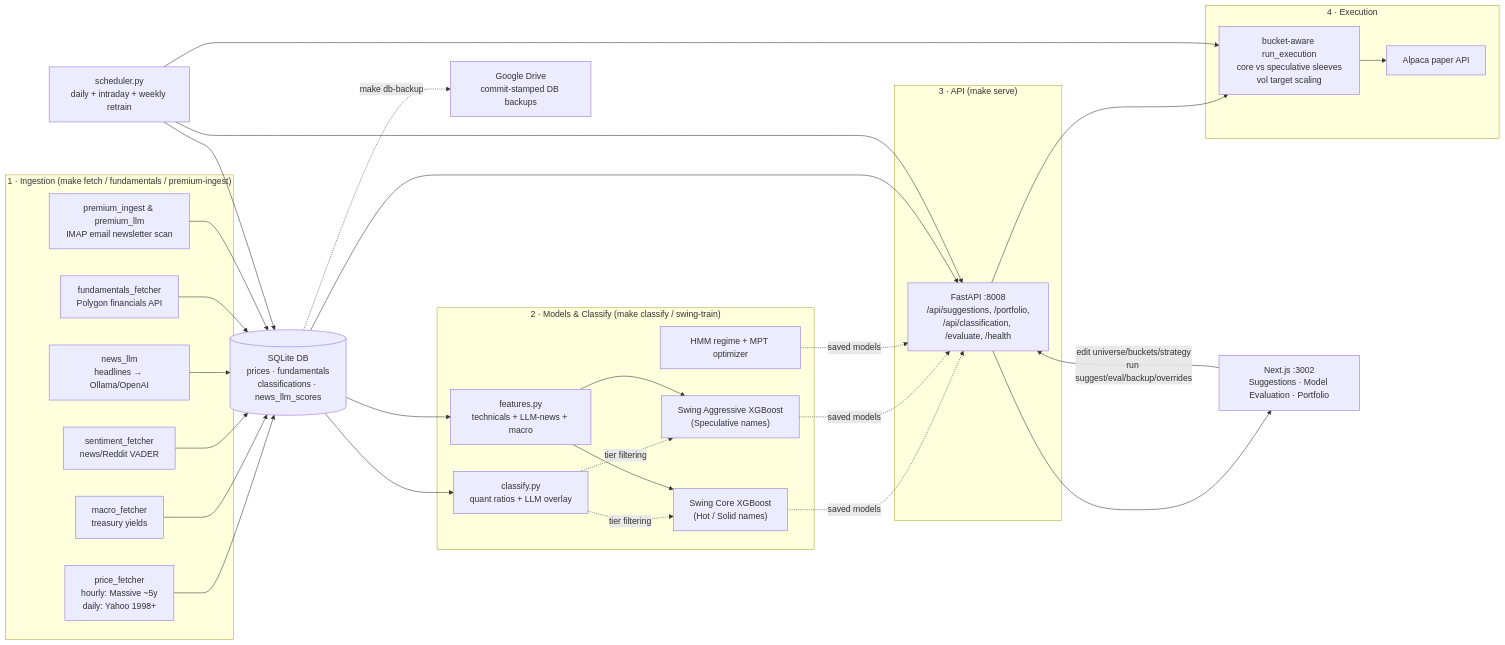
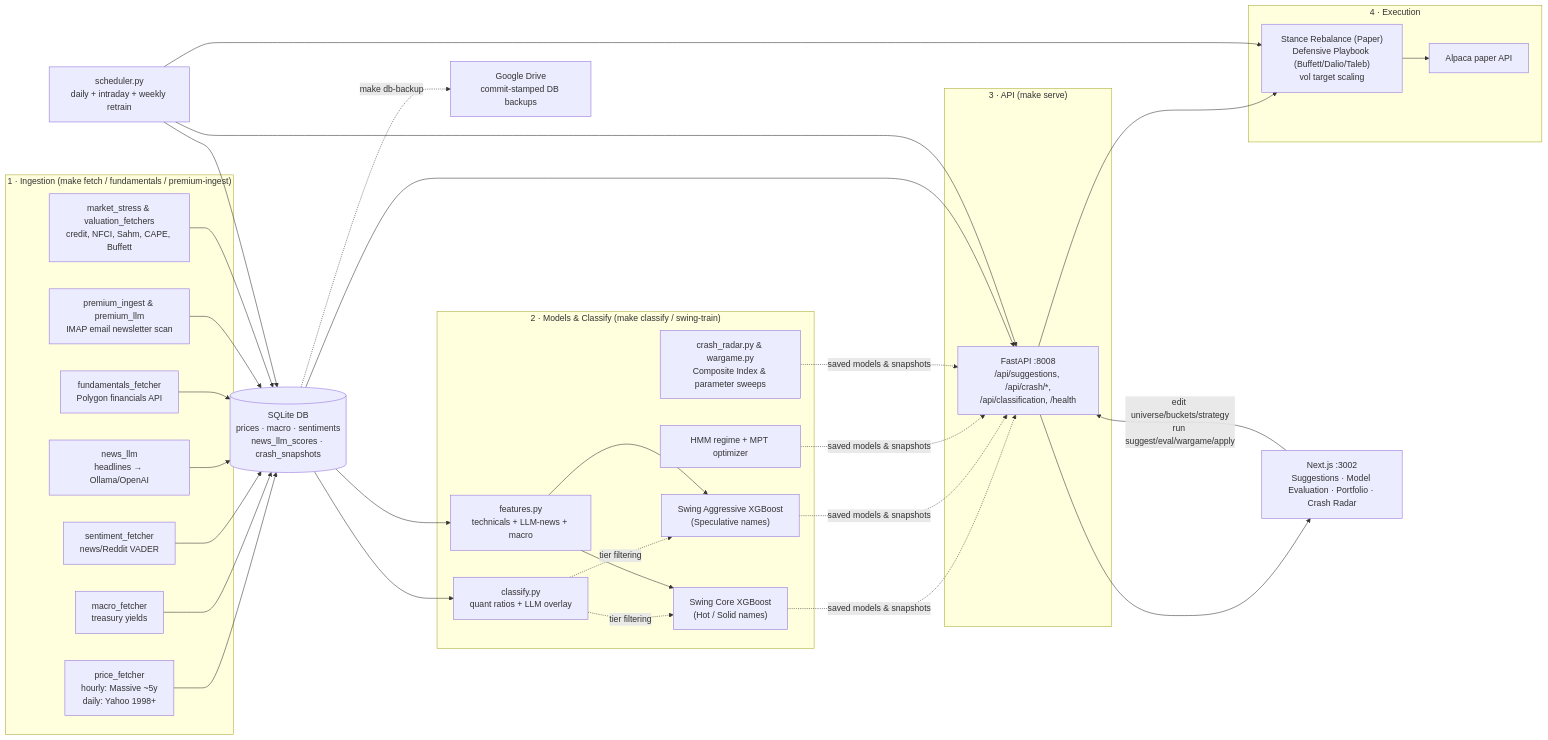
Before and after one commit to arvindpereira/ampytech-trader: the diagram in docs/README.md, drawn with Mermaid. The commit also changed other lines of this file and 13 other files, not shown here.

````diff
--- a/docs/README.md
+++ b/docs/README.md
@@ -47,41 +47,43 @@
 ```mermaid
 flowchart LR
     subgraph Ingest["1 · Ingestion (make fetch / fundamentals / premium-ingest)"]
         P["price_fetcher<br/>hourly: Massive ~5y<br/>daily: Yahoo 1998+"]
         M[macro_fetcher<br/>treasury yields]
         S[sentiment_fetcher<br/>news/Reddit VADER]
         N["news_llm<br/>headlines → Ollama/OpenAI"]
         FUND["fundamentals_fetcher<br/>Polygon financials API"]
         PREM["premium_ingest & premium_llm<br/>IMAP email newsletter scan"]
+        STRESS["market_stress & valuation_fetchers<br/>credit, NFCI, Sahm, CAPE, Buffett"]
     end
-    DB[(SQLite DB<br/>prices · fundamentals<br/>classifications · news_llm_scores)]
+    DB[(SQLite DB<br/>prices · macro · sentiments<br/>news_llm_scores · crash_snapshots)]
     subgraph ML["2 · Models & Classify (make classify / swing-train)"]
         CLASS["classify.py<br/>quant ratios + LLM overlay"]
         F[features.py<br/>technicals + LLM-news + macro]
         SW_CORE["Swing Core XGBoost<br/>(Hot / Solid names)"]
         SW_AGG["Swing Aggressive XGBoost<br/>(Speculative names)"]
         H[HMM regime + MPT optimizer]
+        CRASH["crash_radar.py & wargame.py<br/>Composite Index & parameter sweeps"]
     end
     subgraph Serve["3 · API (make serve)"]
-        API["FastAPI :8008<br/>/api/suggestions, /portfolio,<br/>/api/classification, /evaluate, /health"]
+        API["FastAPI :8008<br/>/api/suggestions, /api/crash/*,<br/>/api/classification, /health"]
     end
     subgraph Exec["4 · Execution"]
-        BUCK["bucket-aware run_execution<br/>core vs speculative sleeves<br/>vol target scaling"]
+        BUCK["Stance Rebalance (Paper)<br/>Defensive Playbook (Buffett/Dalio/Taleb)<br/>vol target scaling"]
         ALP[Alpaca paper API]
     end
-    UI["Next.js :3002<br/>Suggestions · Model Evaluation · Portfolio"]
+    UI["Next.js :3002<br/>Suggestions · Model Evaluation · Portfolio · Crash Radar"]
     SCH["scheduler.py<br/>daily + intraday + weekly retrain"]
     GD["Google Drive<br/>commit-stamped DB backups"]
 
-    P & M & S & N & FUND & PREM --> DB
+    P & M & S & N & FUND & PREM & STRESS --> DB
     DB --> CLASS
     DB --> F
     CLASS -.tier filtering.-> SW_CORE & SW_AGG
     F --> SW_CORE & SW_AGG
-    SW_CORE & SW_AGG & H -.saved models.-> API
+    SW_CORE & SW_AGG & H & CRASH -.saved models & snapshots.-> API
     DB --> API --> UI
-    UI -->|edit universe/buckets/strategy<br/>run suggest/eval/backup/overrides| API
+    UI -->|edit universe/buckets/strategy<br/>run suggest/eval/wargame/apply| API
     API --> BUCK --> ALP
     SCH --> DB & API & BUCK
     DB -. make db-backup .-> GD
 ```
````
